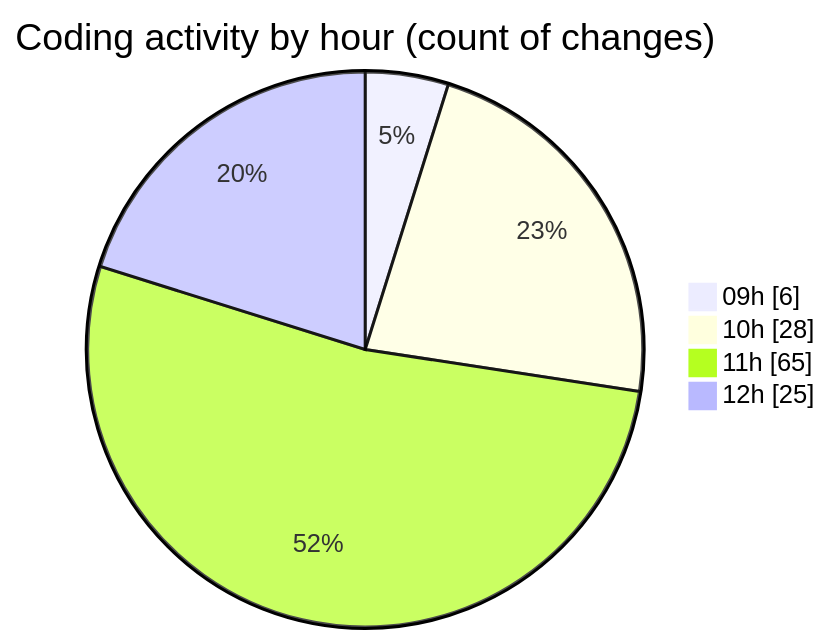
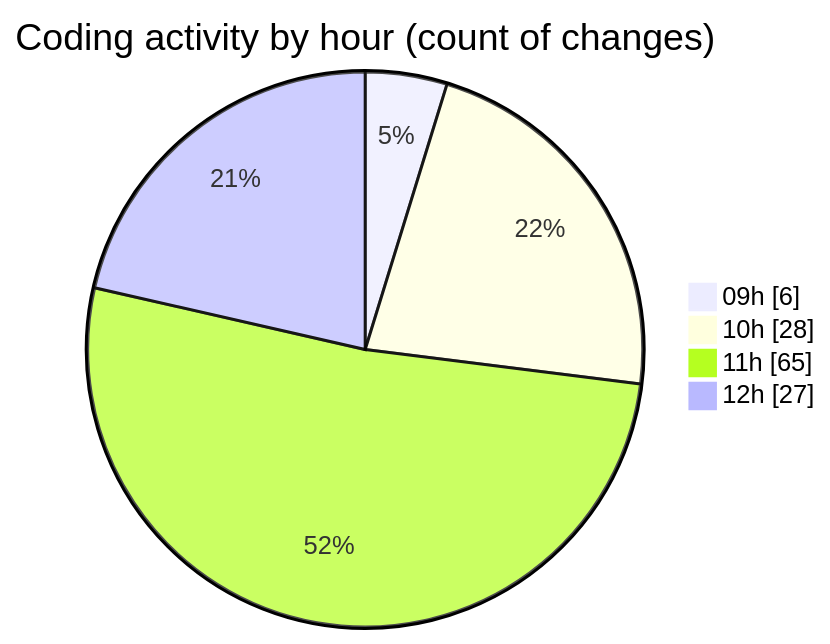
The second of 2 diagrams in 2025-03-27/cda/README.md (momahboobian/code-tracking), drawn with Mermaid before and after one commit. The commit also changed other lines of this file and 1 other file, not shown here.

````diff
--- a/2025-03-27/cda/README.md
+++ b/2025-03-27/cda/README.md
@@ -30,8 +30,8 @@
 ```mermaid
 pie showData
 title Coding activity by hour (count of changes)
 "09h" : 6
 "10h" : 28
 "11h" : 65
-"12h" : 25
+"12h" : 27
 ```
````
